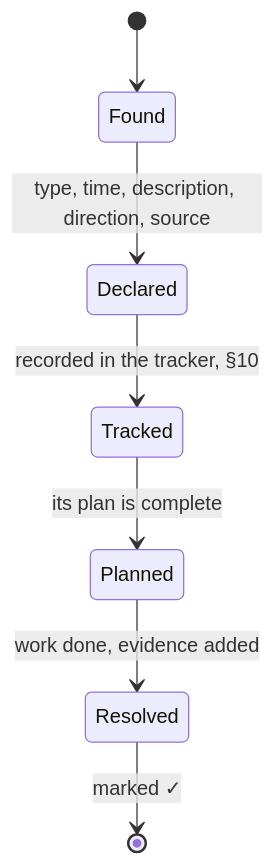
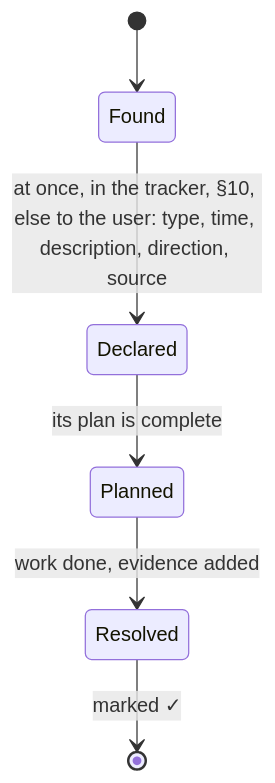
Diagram 13 of 14 in AGENTS.md (SolenixAI/arbiter), drawn with Mermaid before and after one commit. The commit also changed other lines of this file, not shown here.

First line of the commit message:
docs(agents): section 12 declares at once in the tracker; a picture is worth a thousand words (#24)

````diff
--- a/AGENTS.md
+++ b/AGENTS.md
@@ -518,9 +520,8 @@
 ```mermaid
 stateDiagram-v2
   [*] --> Found
-  Found --> Declared: type, time, description, direction, source
-  Declared --> Tracked: recorded in the tracker, §10
-  Tracked --> Planned: its plan is complete
+  Found --> Declared: at once, in the tracker, §10, else to the user: type, time, description, direction, source
+  Declared --> Planned: its plan is complete
   Planned --> Resolved: work done, evidence added
   Resolved --> [*]: marked ✓
 ```
````
